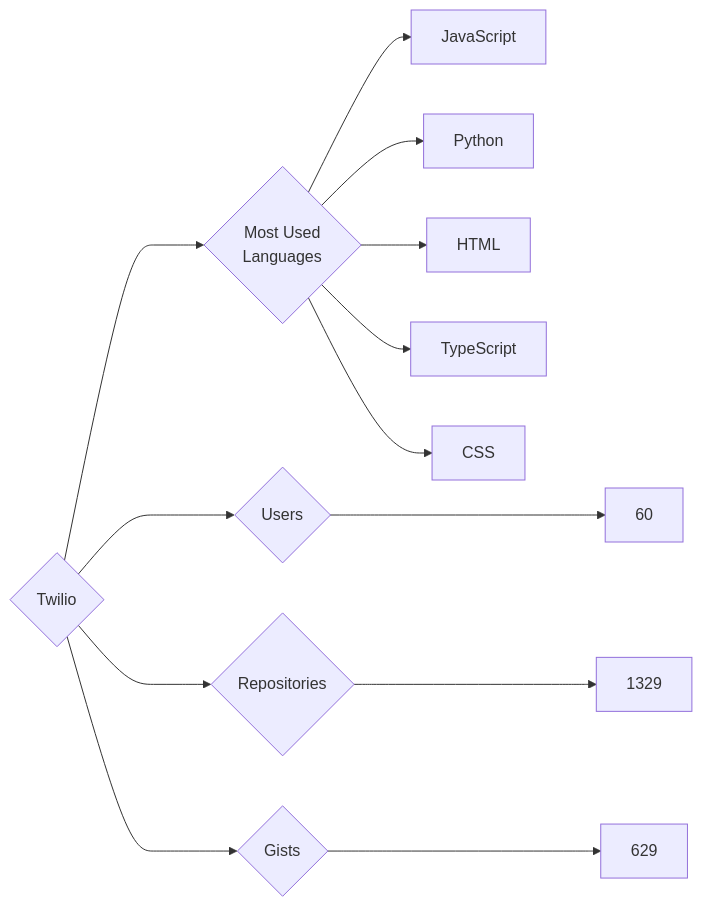
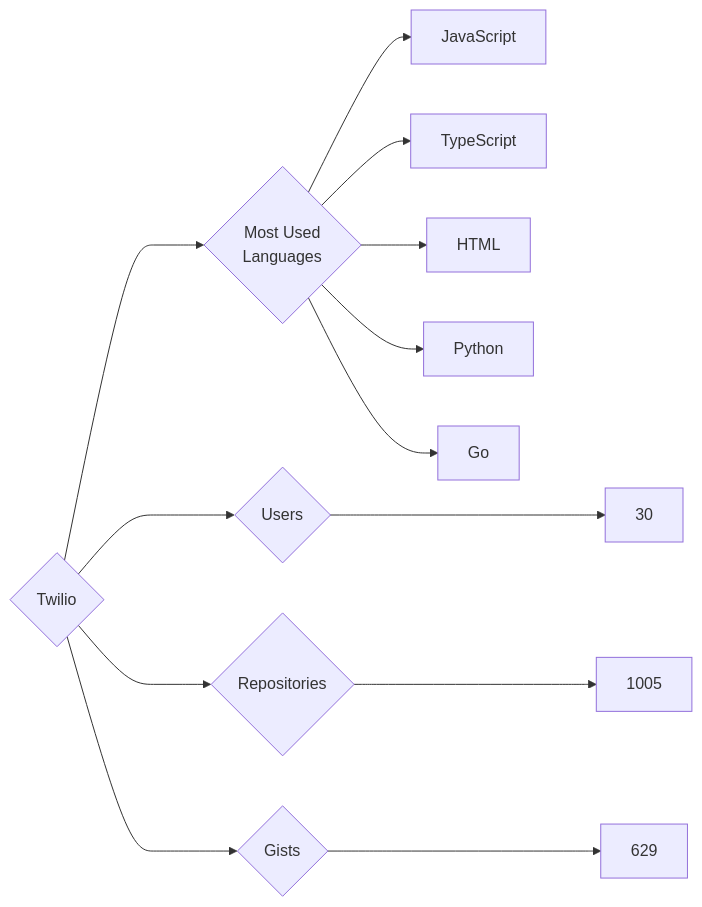
The diagram in targets/Twilio/README.md (trickest/insiders), drawn with Mermaid before and after one commit. The commit also changed 823 other files, not shown here.

````diff
--- a/targets/Twilio/README.md
+++ b/targets/Twilio/README.md
@@ -3,13 +3,13 @@
 ```mermaid
 graph LR
 COMPANY_NAME{Twilio}
-COMPANY_NAME ---> U{Users} ---> UN[60]
-COMPANY_NAME ---> R{Repositories} ---> RN[1329]
+COMPANY_NAME ---> U{Users} ---> UN[30]
+COMPANY_NAME ---> R{Repositories} ---> RN[1005]
 COMPANY_NAME ---> G{Gists} ---> GN[629]
 COMPANY_NAME ---> ML{Most Used<br>Languages}
 ML --> JavaScript[JavaScript]
+ML --> TypeScript[TypeScript]
+ML --> HTML[HTML]
 ML --> Python[Python]
-ML --> HTML[HTML]
-ML --> TypeScript[TypeScript]
-ML --> CSS[CSS]
+ML --> Go[Go]
 ```
````
